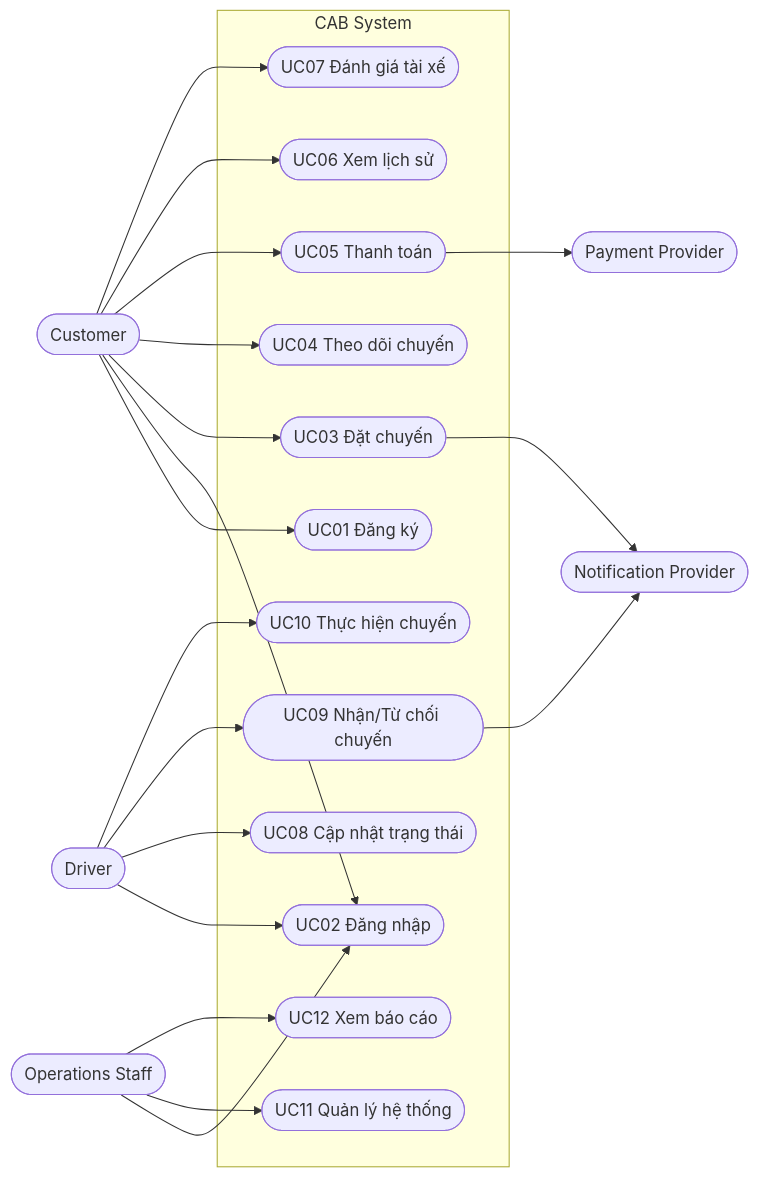
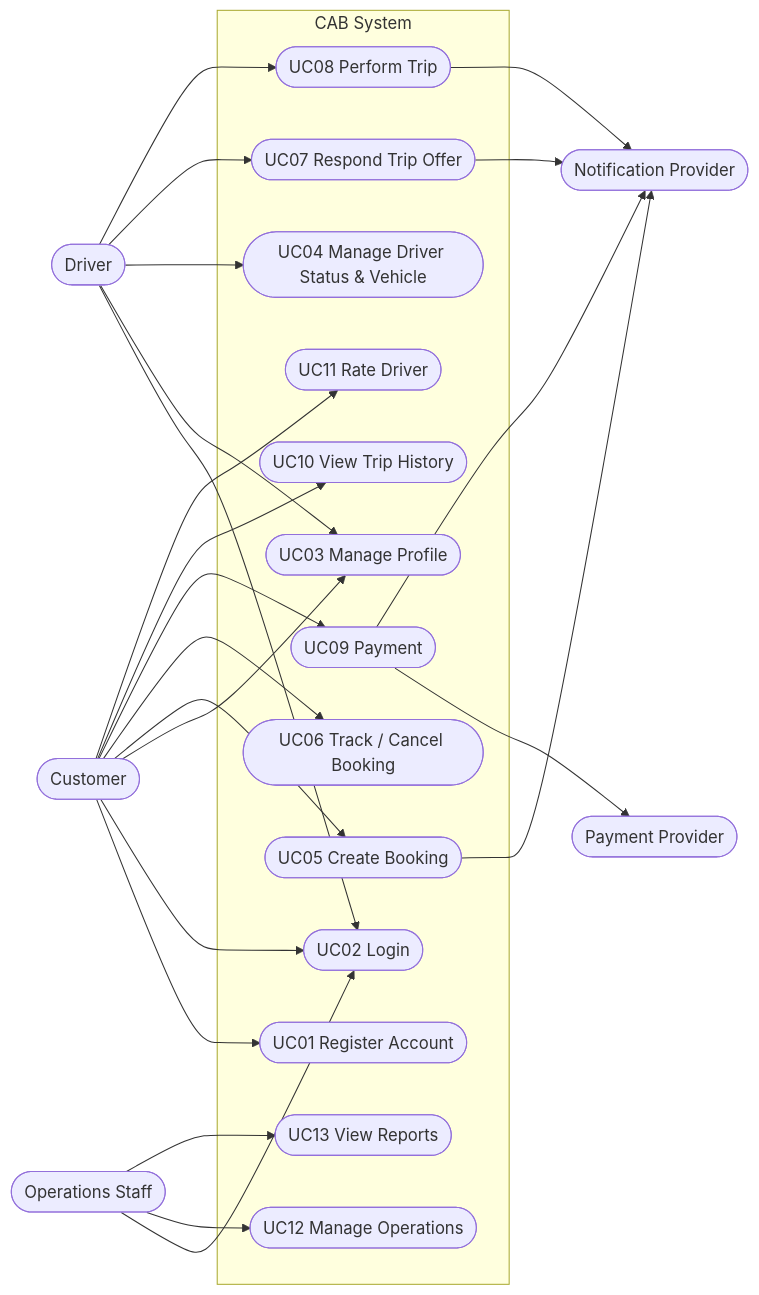
One commit to thoaivi45/23670471_TranDamThoaiVi_CABSYSTEM changed the fourth of 4 diagrams in srs.md. Above: the diagram before and after it, drawn with Mermaid. The commit also changed other lines of this file, not shown here.

````diff
--- a/srs.md
+++ b/srs.md
@@ -475,49 +636,59 @@
 ```mermaid
 flowchart LR
 
 Customer([Customer])
 Driver([Driver])
 Staff([Operations Staff])
-Payment([Payment Provider])
-Notification([Notification Provider])
+PaymentProvider([Payment Provider])
+NotificationProvider([Notification Provider])
 
-subgraph CAB[CAB System]
+subgraph CAB["CAB System"]
 
-UC01([UC01 Đăng ký])
-UC02([UC02 Đăng nhập])
-UC03([UC03 Đặt chuyến])
-UC04([UC04 Theo dõi chuyến])
-UC05([UC05 Thanh toán])
-UC06([UC06 Xem lịch sử])
-UC07([UC07 Đánh giá tài xế])
+UC01([UC01 Register Account])
+UC02([UC02 Login])
+UC03([UC03 Manage Profile])
 
-UC08([UC08 Cập nhật trạng thái])
-UC09([UC09 Nhận/Từ chối chuyến])
-UC10([UC10 Thực hiện chuyến])
+UC04([UC04 Manage Driver Status & Vehicle])
 
-UC11([UC11 Quản lý hệ thống])
-UC12([UC12 Xem báo cáo])
+UC05([UC05 Create Booking])
+UC06([UC06 Track / Cancel Booking])
+
+UC07([UC07 Respond Trip Offer])
+UC08([UC08 Perform Trip])
+
+UC09([UC09 Payment])
+
+UC10([UC10 View Trip History])
+UC11([UC11 Rate Driver])
+
+UC12([UC12 Manage Operations])
+UC13([UC13 View Reports])
 
 end
 
 Customer --> UC01
 Customer --> UC02
 Customer --> UC03
-Customer --> UC04
 Customer --> UC05
 Customer --> UC06
-Customer --> UC07
+Customer --> UC09
+Customer --> UC10
+Customer --> UC11
 
 Driver --> UC02
+Driver --> UC03
+Driver --> UC04
+Driver --> UC07
 Driver --> UC08
-Driver --> UC09
-Driver --> UC10
 
 Staff --> UC02
-Staff --> UC11
 Staff --> UC12
+Staff --> UC13
 
-UC05 --> Payment
-UC03 --> Notification
-UC09 --> Notification
+UC09 --> PaymentProvider
+
+UC05 --> NotificationProvider
+UC07 --> NotificationProvider
+UC08 --> NotificationProvider
+UC09 --> NotificationProvider
 ```
````
